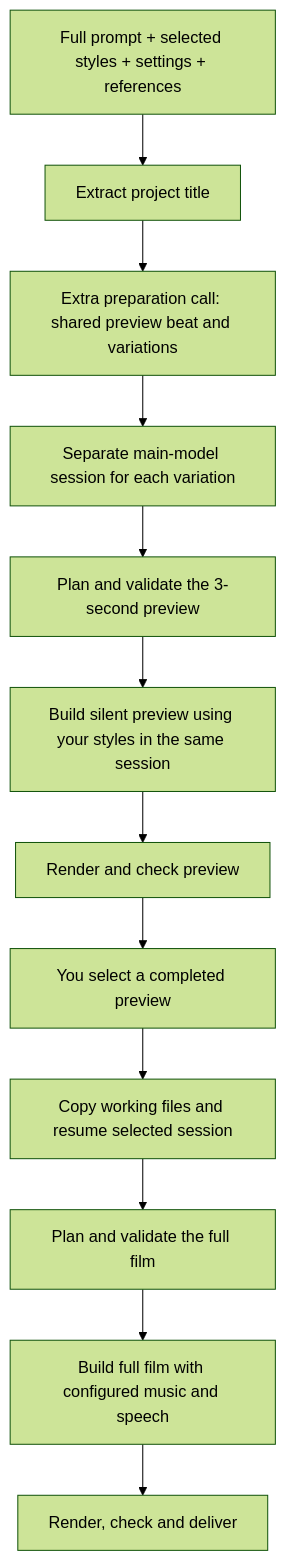
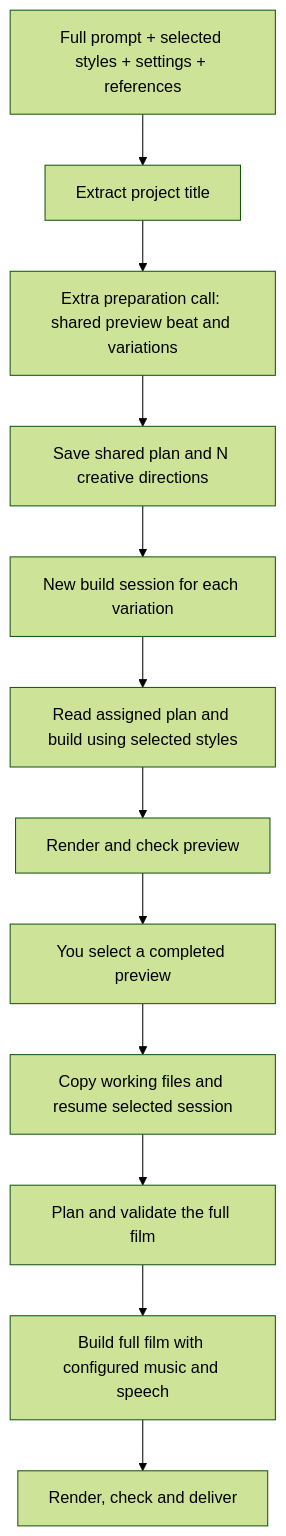
Before and after one commit to delexw/kiteva: the fourth of 13 diagrams in docs/architecture.md, drawn with Mermaid (forest theme). The commit also changed other lines of this file and 155 other files, not shown here.

````diff
--- a/docs/architecture.md
+++ b/docs/architecture.md
@@ -186,14 +191,14 @@
 ```mermaid
 flowchart TD
   Input["Full prompt + selected styles + settings + references"] --> Title["Extract project title"]
   Title --> Concepts["Extra preparation call: shared preview beat and variations"]
-  Concepts --> Sessions["Separate main-model session for each variation"]
-  Sessions --> Plan["Plan and validate the 3-second preview"]
-  Plan --> Preview["Build silent preview using your styles in the same session"]
+  Concepts --> Plan["Save shared plan and N creative directions"]
+  Plan --> Sessions["New build session for each variation"]
+  Sessions --> Preview["Read assigned plan and build using selected styles"]
   Preview --> QA["Render and check preview"]
   QA --> Select["You select a completed preview"]
   Select --> Resume["Copy working files and resume selected session"]
   Resume --> FullPlan["Plan and validate the full film"]
   FullPlan --> Full["Build full film with configured music and speech"]
   Full --> Output["Render, check and deliver"]
 ```
````
